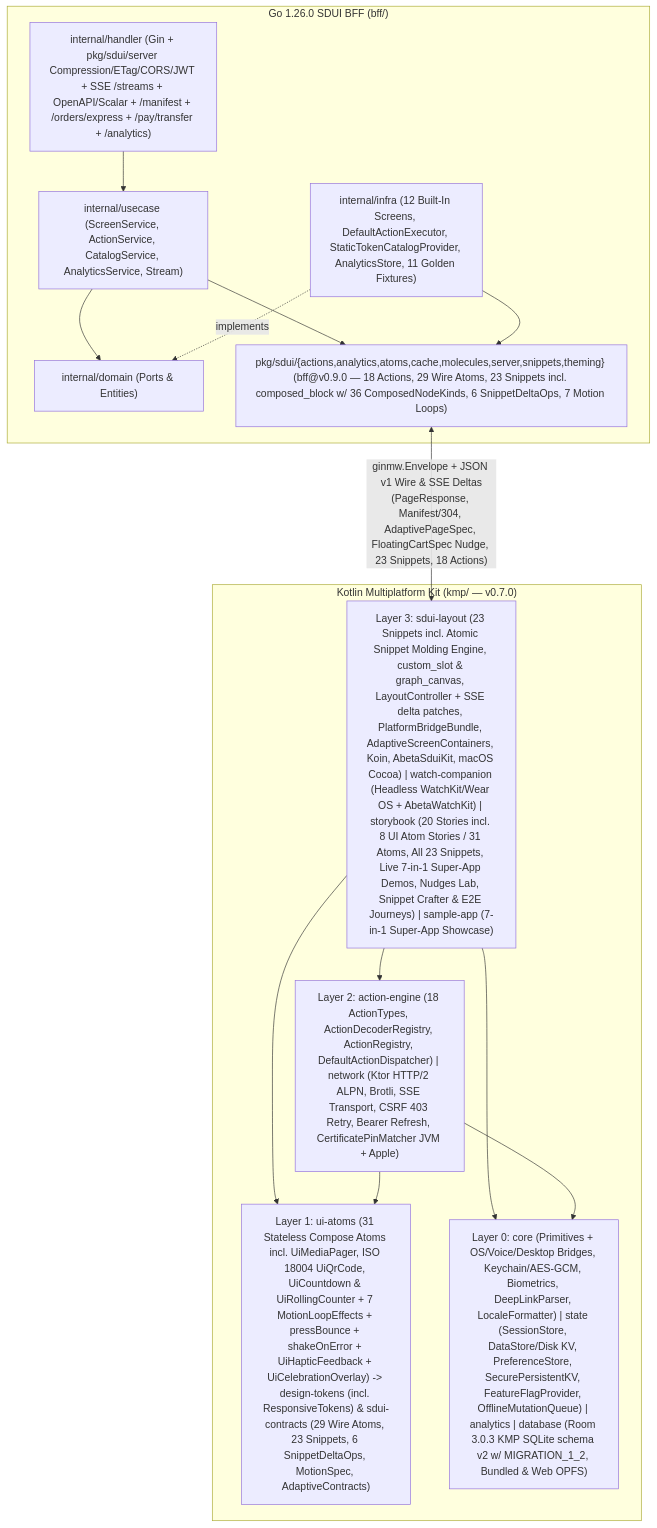
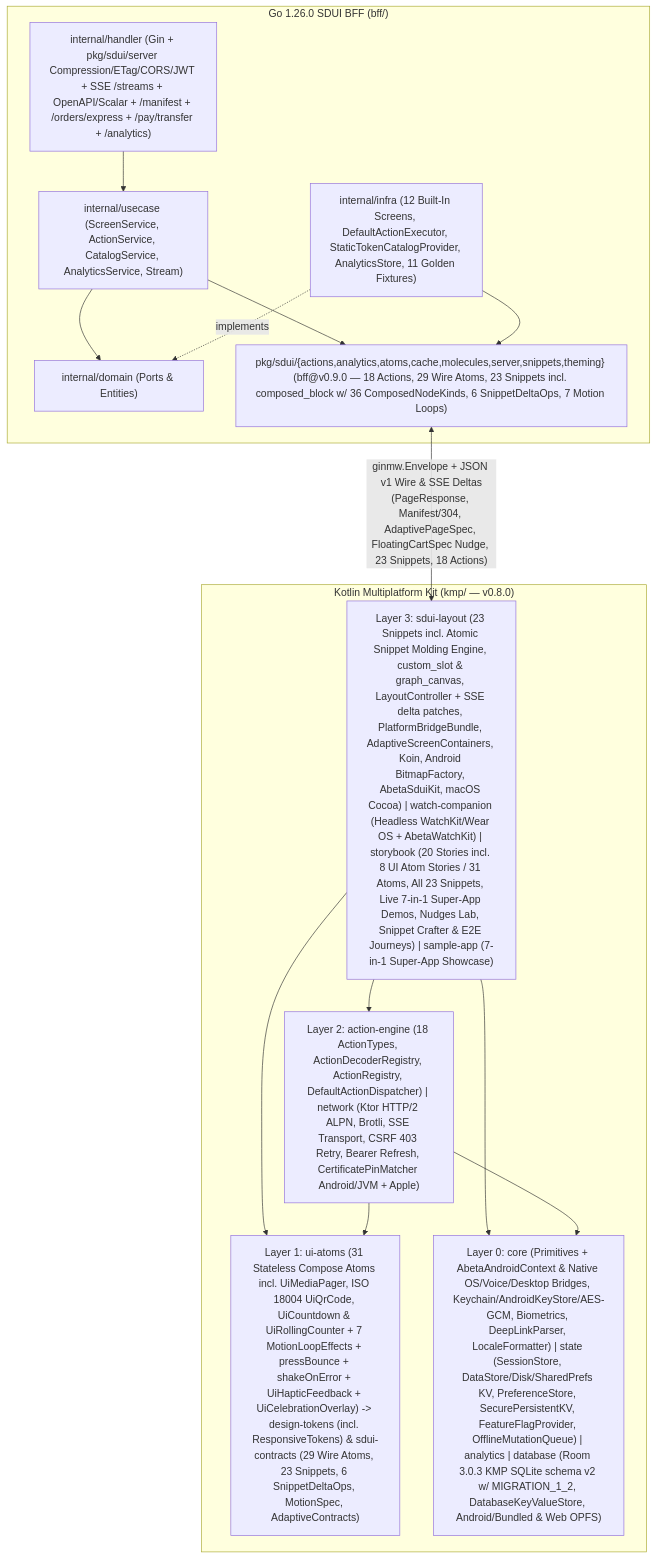
One commit to Abeta-dev/kmp changed the diagram in README.md. Above: the diagram before and after it, drawn with Mermaid. The commit also changed other lines of this file and 136 other files, not shown here.

````diff
--- a/README.md
+++ b/README.md
@@ -43,29 +43,29 @@
 ```mermaid
 flowchart TB
     subgraph BFF["Go 1.26.0 SDUI BFF (bff/)"]
         BFF_H["internal/handler (Gin + pkg/sdui/server Compression/ETag/CORS/JWT + SSE /streams + OpenAPI/Scalar + /manifest + /orders/express + /pay/transfer + /analytics)"]
         BFF_U["internal/usecase (ScreenService, ActionService, CatalogService, AnalyticsService, Stream)"]
         BFF_D["internal/domain (Ports & Entities)"]
         BFF_I["internal/infra (12 Built-In Screens, DefaultActionExecutor, StaticTokenCatalogProvider, AnalyticsStore, 11 Golden Fixtures)"]
         BFF_P["pkg/sdui/{actions,analytics,atoms,cache,molecules,server,snippets,theming} (bff@v0.9.0 — 18 Actions, 29 Wire Atoms, 23 Snippets incl. composed_block w/ 36 ComposedNodeKinds, 6 SnippetDeltaOps, 7 Motion Loops)"]
         BFF_H --> BFF_U --> BFF_D
         BFF_I -. "implements" .-> BFF_D
         BFF_U --> BFF_P
         BFF_I --> BFF_P
     end
 
-    subgraph KMP["Kotlin Multiplatform Kit (kmp/ — v0.7.0)"]
-        L3["Layer 3: sdui-layout (23 Snippets incl. Atomic Snippet Molding Engine, custom_slot & graph_canvas, LayoutController + SSE delta patches, PlatformBridgeBundle, AdaptiveScreenContainers, Koin, AbetaSduiKit, macOS Cocoa) | watch-companion (Headless WatchKit/Wear OS + AbetaWatchKit) | storybook (20 Stories incl. 8 UI Atom Stories / 31 Atoms, All 23 Snippets, Live 7-in-1 Super-App Demos, Nudges Lab, Snippet Crafter & E2E Journeys) | sample-app (7-in-1 Super-App Showcase)"]
-        L2["Layer 2: action-engine (18 ActionTypes, ActionDecoderRegistry, ActionRegistry, DefaultActionDispatcher) | network (Ktor HTTP/2 ALPN, Brotli, SSE Transport, CSRF 403 Retry, Bearer Refresh, CertificatePinMatcher JVM + Apple)"]
+    subgraph KMP["Kotlin Multiplatform Kit (kmp/ — v0.8.0)"]
+        L3["Layer 3: sdui-layout (23 Snippets incl. Atomic Snippet Molding Engine, custom_slot & graph_canvas, LayoutController + SSE delta patches, PlatformBridgeBundle, AdaptiveScreenContainers, Koin, Android BitmapFactory, AbetaSduiKit, macOS Cocoa) | watch-companion (Headless WatchKit/Wear OS + AbetaWatchKit) | storybook (20 Stories incl. 8 UI Atom Stories / 31 Atoms, All 23 Snippets, Live 7-in-1 Super-App Demos, Nudges Lab, Snippet Crafter & E2E Journeys) | sample-app (7-in-1 Super-App Showcase)"]
+        L2["Layer 2: action-engine (18 ActionTypes, ActionDecoderRegistry, ActionRegistry, DefaultActionDispatcher) | network (Ktor HTTP/2 ALPN, Brotli, SSE Transport, CSRF 403 Retry, Bearer Refresh, CertificatePinMatcher Android/JVM + Apple)"]
         L1["Layer 1: ui-atoms (31 Stateless Compose Atoms incl. UiMediaPager, ISO 18004 UiQrCode, UiCountdown & UiRollingCounter + 7 MotionLoopEffects + pressBounce + shakeOnError + UiHapticFeedback + UiCelebrationOverlay) -> design-tokens (incl. ResponsiveTokens) & sdui-contracts (29 Wire Atoms, 23 Snippets, 6 SnippetDeltaOps, MotionSpec, AdaptiveContracts)"]
-        L0["Layer 0: core (Primitives + OS/Voice/Desktop Bridges, Keychain/AES-GCM, Biometrics, DeepLinkParser, LocaleFormatter) | state (SessionStore, DataStore/Disk KV, PreferenceStore, SecurePersistentKV, FeatureFlagProvider, OfflineMutationQueue) | analytics | database (Room 3.0.3 KMP SQLite schema v2 w/ MIGRATION_1_2, Bundled & Web OPFS)"]
+        L0["Layer 0: core (Primitives + AbetaAndroidContext & Native OS/Voice/Desktop Bridges, Keychain/AndroidKeyStore/AES-GCM, Biometrics, DeepLinkParser, LocaleFormatter) | state (SessionStore, DataStore/Disk/SharedPrefs KV, PreferenceStore, SecurePersistentKV, FeatureFlagProvider, OfflineMutationQueue) | analytics | database (Room 3.0.3 KMP SQLite schema v2 w/ MIGRATION_1_2, DatabaseKeyValueStore, Android/Bundled & Web OPFS)"]
 
         L3 --> L2
         L3 --> L1
         L3 --> L0
         L2 --> L0
         L2 --> L1
     end
 
     BFF_P <-- "ginmw.Envelope + JSON v1 Wire & SSE Deltas\n(PageResponse, Manifest/304, AdaptivePageSpec, FloatingCartSpec Nudge, 23 Snippets, 18 Actions)" --> L3
 ```
````
